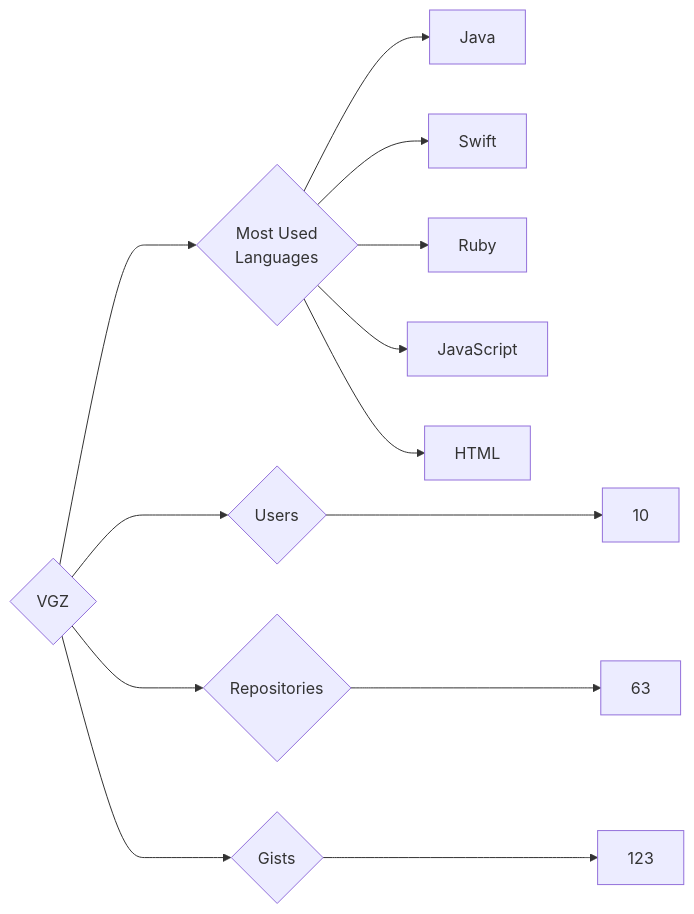
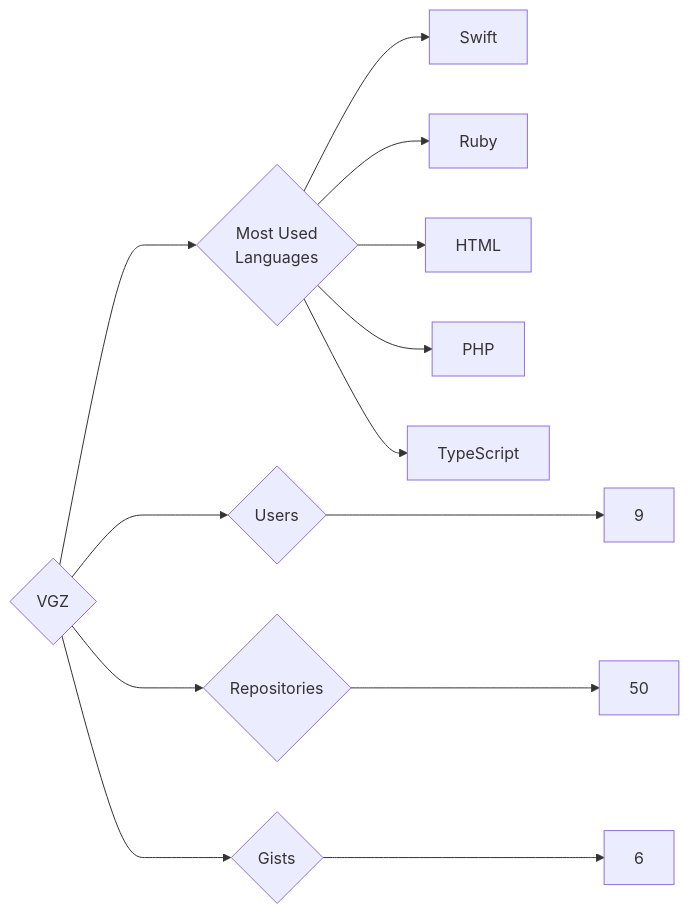
One commit to trickest/insiders changed the diagram in targets/VGZ/README.md. Above: the diagram before and after it, drawn with Mermaid. The commit also changed 976 other files, not shown here.

````diff
--- a/targets/VGZ/README.md
+++ b/targets/VGZ/README.md
@@ -3,13 +3,13 @@
 ```mermaid
 graph LR
 COMPANY_NAME{VGZ}
-COMPANY_NAME ---> U{Users} ---> UN[10]
-COMPANY_NAME ---> R{Repositories} ---> RN[63]
-COMPANY_NAME ---> G{Gists} ---> GN[123]
+COMPANY_NAME ---> U{Users} ---> UN[9]
+COMPANY_NAME ---> R{Repositories} ---> RN[50]
+COMPANY_NAME ---> G{Gists} ---> GN[6]
 COMPANY_NAME ---> ML{Most Used<br>Languages}
-ML --> Java[Java]
 ML --> Swift[Swift]
 ML --> Ruby[Ruby]
-ML --> JavaScript[JavaScript]
 ML --> HTML[HTML]
+ML --> PHP[PHP]
+ML --> TypeScript[TypeScript]
 ```
````
